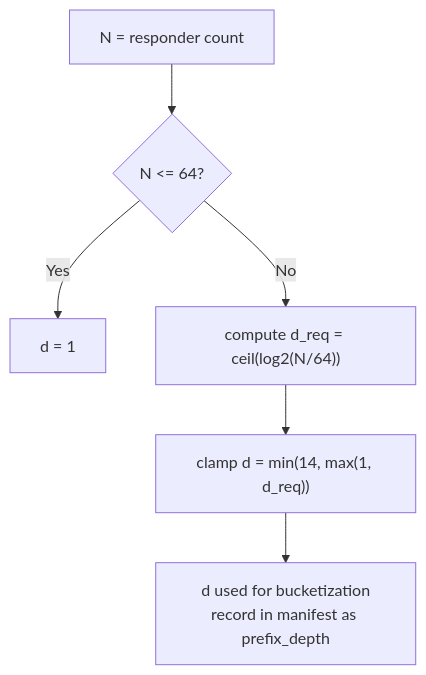
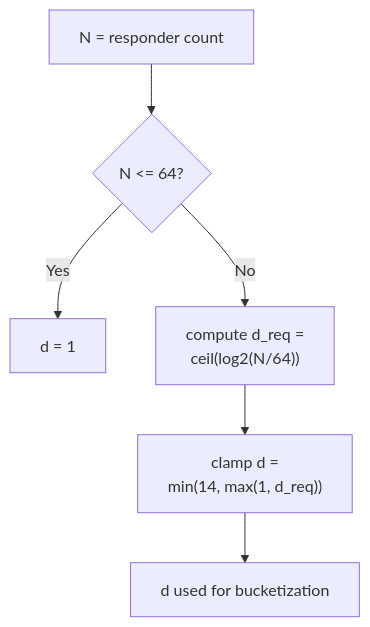
Diagram 11 of 11 in docs/src/architecture/08_concepts/document_sync/protocol_spec.md (input-output-hk/hermes), drawn with Mermaid before and after one commit. The commit also changed other lines of this file and 1 other file, not shown here.

````diff
--- a/docs/src/architecture/08_concepts/document_sync/protocol_spec.md
+++ b/docs/src/architecture/08_concepts/document_sync/protocol_spec.md
@@ -1137,8 +1140,8 @@
 ```mermaid
 flowchart TD
   N[N = responder count] --> X{N <= 64?}
   X -- Yes --> D1[d = 1]
-  X -- No --> C1["compute d_req = ceil(log2(N/64))"]
-  C1 --> CL["clamp d = min(14, max(1, d_req))"]
-  CL --> OUT[d used for bucketization<br>record in manifest as prefix_depth]
+  X -- No --> C1["compute d_req =<br>ceil(log2(N/64))"]
+  C1 --> CL["clamp d =<br>min(14, max(1, d_req))"]
+  CL --> OUT[d used for bucketization]
 ```
````
